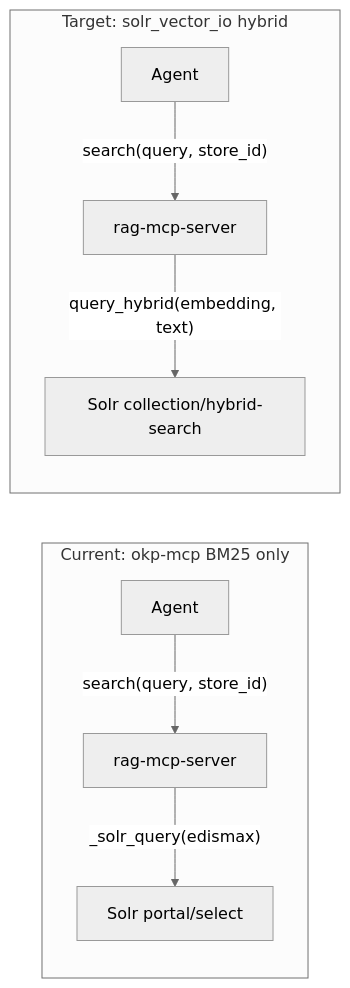
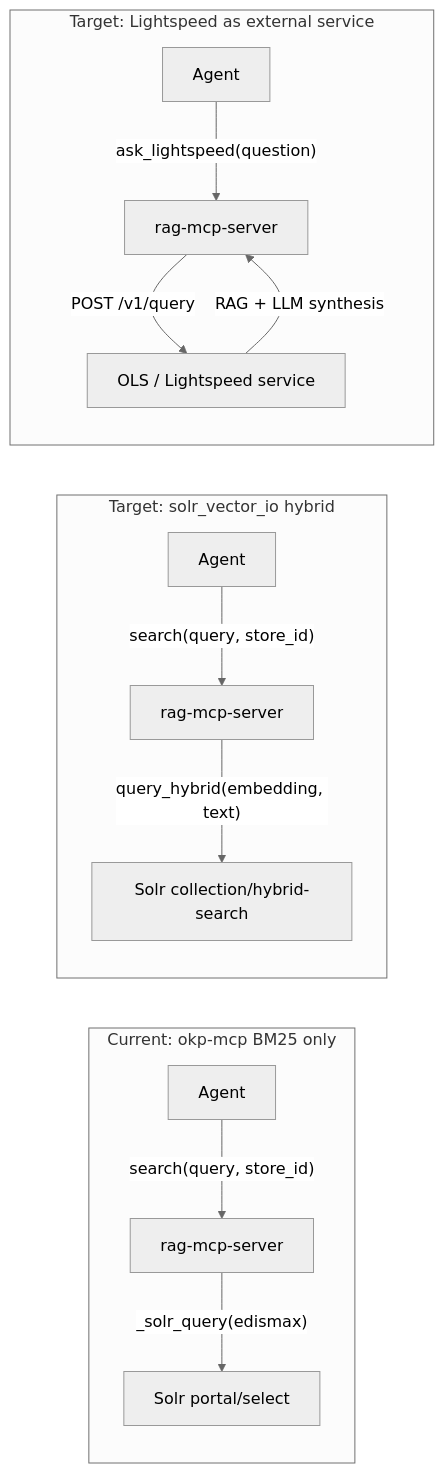
Before and after one commit to bogdando/opendev-agents: the diagram in specs/lightspeed-core-solr.md, drawn with Mermaid (neutral theme). The commit also changed other lines of this file, not shown here.

First line of the commit message:
Add Lightspeed option D for the spec

````diff
--- a/specs/lightspeed-core-solr.md
+++ b/specs/lightspeed-core-solr.md
@@ -24,12 +24,18 @@
 ```mermaid
 graph LR
     subgraph current ["Current: okp-mcp BM25 only"]
         A[Agent] -->|"search(query, store_id)"| B[rag-mcp-server]
         B -->|"_solr_query(edismax)"| C["Solr portal/select"]
     end
 
     subgraph target ["Target: solr_vector_io hybrid"]
         D[Agent] -->|"search(query, store_id)"| E[rag-mcp-server]
         E -->|"query_hybrid(embedding, text)"| F["Solr collection/hybrid-search"]
     end
+
+    subgraph lightspeed ["Target: Lightspeed as external service"]
+        G[Agent] -->|"ask_lightspeed(question)"| H[rag-mcp-server]
+        H -->|"POST /v1/query"| I["OLS / Lightspeed service"]
+        I -->|"RAG + LLM synthesis"| H
+    end
 ```
````
